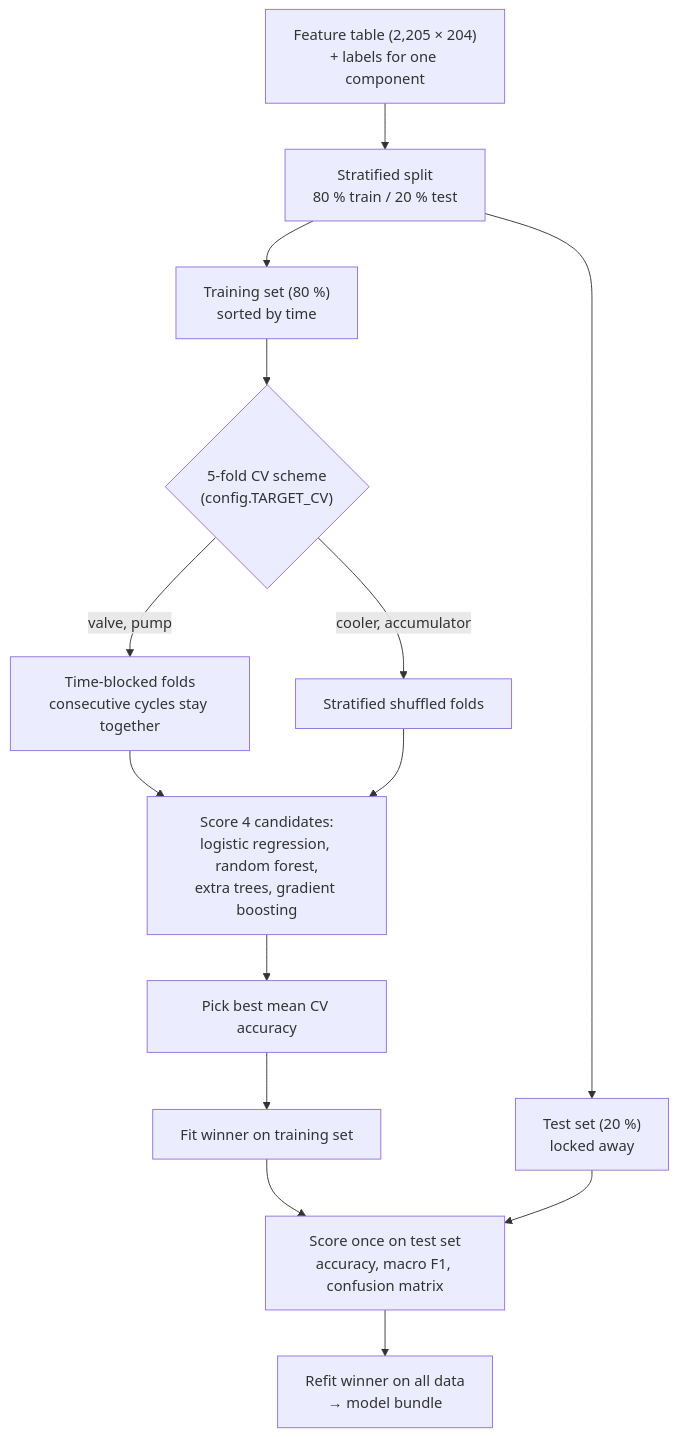
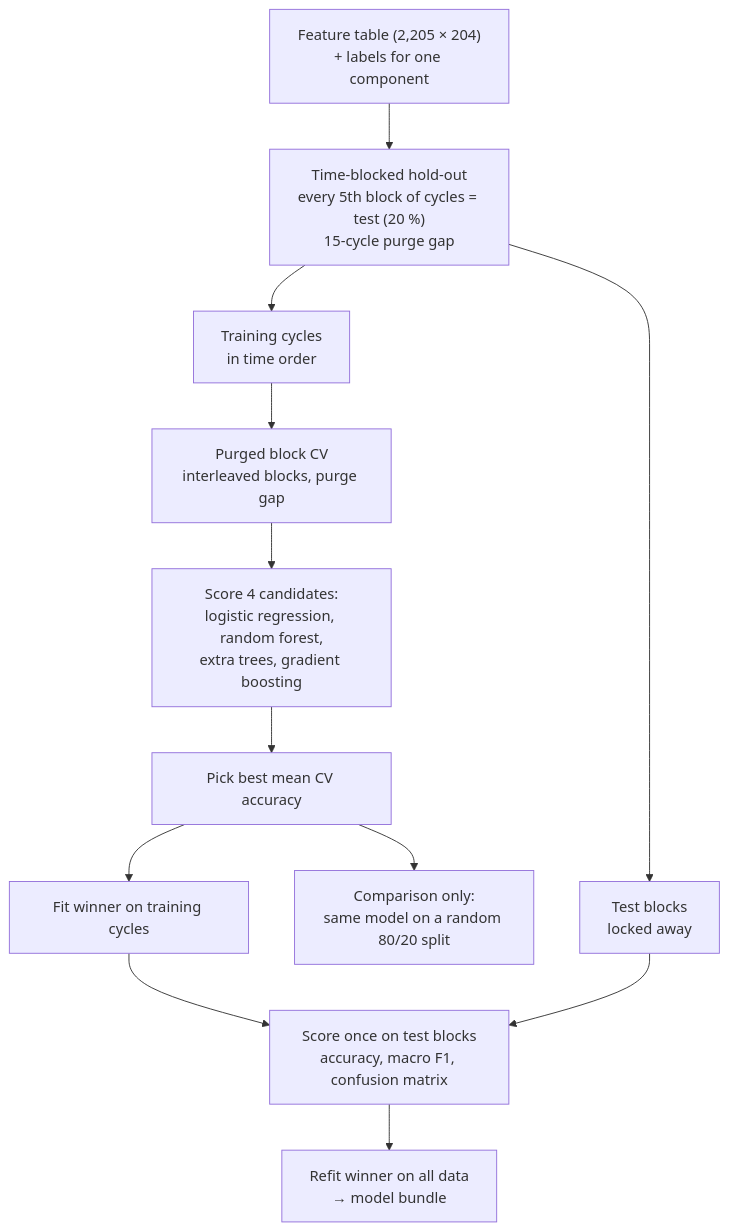
The third of 6 diagrams in docs/ARCHITECTURE.md (Jatin1Mathur/hydraulic-condition-analysis), drawn with Mermaid before and after one commit. The commit also changed other lines of this file and 10 other files, not shown here.

First line of the commit message:
Evaluate on a time-blocked hold-out with a purge gap

````diff
--- a/docs/ARCHITECTURE.md
+++ b/docs/ARCHITECTURE.md
@@ -93,16 +93,14 @@
 ```mermaid
 flowchart TD
-    X["Feature table (2,205 × 204)<br/>+ labels for one component"] --> SPLIT["Stratified split<br/>80 % train / 20 % test"]
-    SPLIT --> TR["Training set (80 %)<br/>sorted by time"]
-    SPLIT --> TE["Test set (20 %)<br/>locked away"]
-    TR --> CV{"5-fold CV scheme<br/>(config.TARGET_CV)"}
-    CV -->|"valve, pump"| BLK["Time-blocked folds<br/>consecutive cycles stay together"]
-    CV -->|"cooler, accumulator"| STR["Stratified shuffled folds"]
-    BLK --> CMP["Score 4 candidates:<br/>logistic regression, random forest,<br/>extra trees, gradient boosting"]
-    STR --> CMP
+    X["Feature table (2,205 × 204)<br/>+ labels for one component"] --> SPLIT["Time-blocked hold-out<br/>every 5th block of cycles = test (20 %)<br/>15-cycle purge gap"]
+    SPLIT --> TR["Training cycles<br/>in time order"]
+    SPLIT --> TE["Test blocks<br/>locked away"]
+    TR --> CV["Purged block CV<br/>interleaved blocks, purge gap"]
+    CV --> CMP["Score 4 candidates:<br/>logistic regression, random forest,<br/>extra trees, gradient boosting"]
     CMP --> WIN["Pick best mean CV accuracy"]
-    WIN --> FIT["Fit winner on training set"]
-    FIT --> EVAL["Score once on test set<br/>accuracy, macro F1, confusion matrix"]
+    WIN --> FIT["Fit winner on training cycles"]
+    FIT --> EVAL["Score once on test blocks<br/>accuracy, macro F1, confusion matrix"]
     TE --> EVAL
+    WIN --> RND["Comparison only:<br/>same model on a random 80/20 split"]
     EVAL --> FINAL["Refit winner on all data<br/>→ model bundle"]
 ```
````
